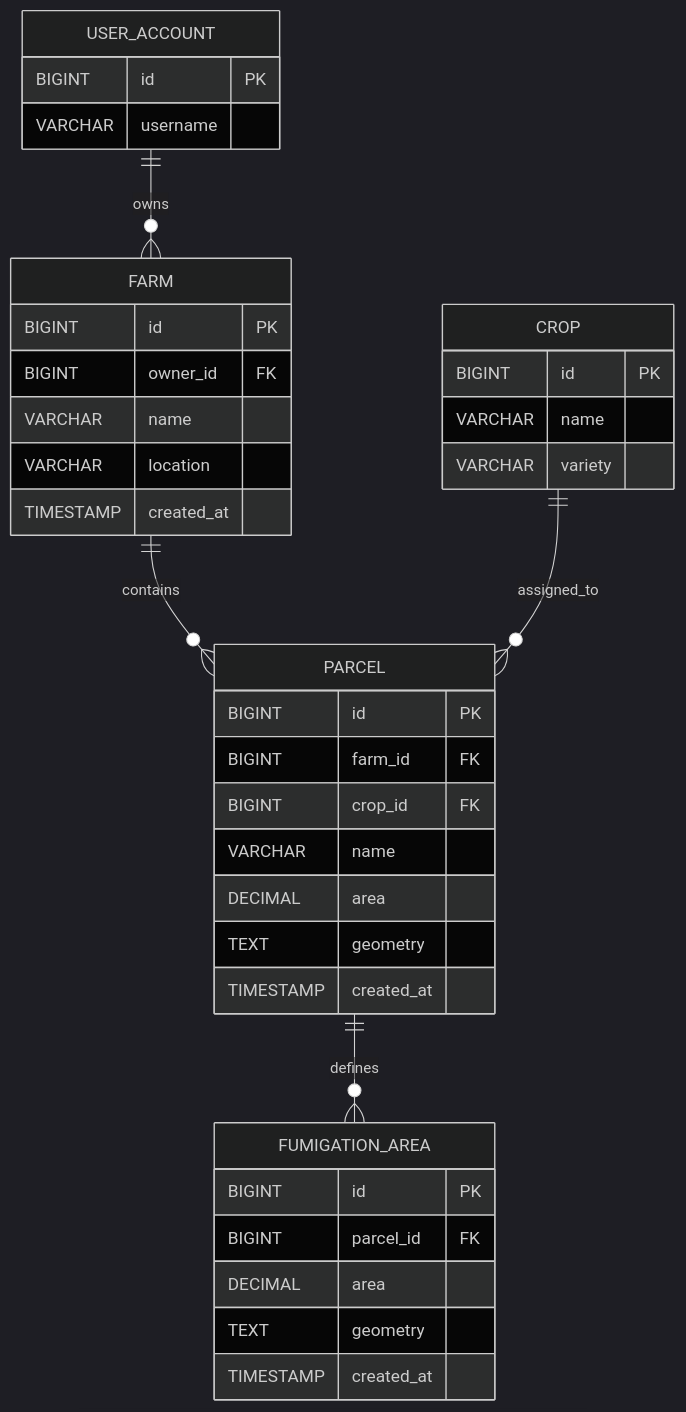
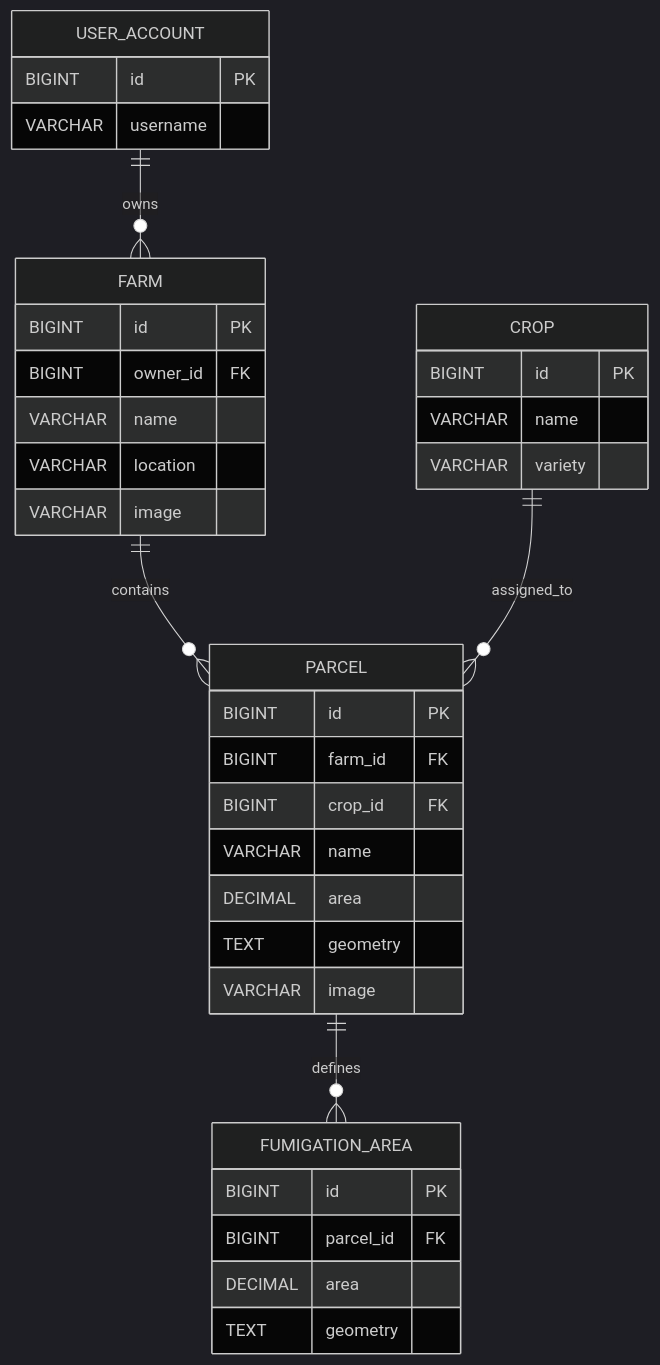
Before and after one commit to Ital0Dmc/Agridron-Report-readme-playground: diagram 15 of 23 in README.md, drawn with Mermaid (dark theme). The commit also changed other lines of this file, not shown here.

First line of the commit message:
docs: align database design with the corrected class diagrams

````diff
--- a/README.md
+++ b/README.md
@@ -2794,39 +2793,38 @@
 ```mermaid
 erDiagram
     USER_ACCOUNT ||--o{ FARM : owns
     FARM ||--o{ PARCEL : contains
     PARCEL ||--o{ FUMIGATION_AREA : defines
     CROP ||--o{ PARCEL : assigned_to
     USER_ACCOUNT {
         BIGINT id PK
         VARCHAR username
     }
     FARM {
         BIGINT id PK
         BIGINT owner_id FK
         VARCHAR name
         VARCHAR location
-        TIMESTAMP created_at
+        VARCHAR image
     }
     PARCEL {
         BIGINT id PK
         BIGINT farm_id FK
         BIGINT crop_id FK
         VARCHAR name
         DECIMAL area
         TEXT geometry
-        TIMESTAMP created_at
+        VARCHAR image
     }
     FUMIGATION_AREA {
         BIGINT id PK
         BIGINT parcel_id FK
         DECIMAL area
         TEXT geometry
-        TIMESTAMP created_at
     }
     CROP {
         BIGINT id PK
         VARCHAR name
         VARCHAR variety
     }
 ```
````
